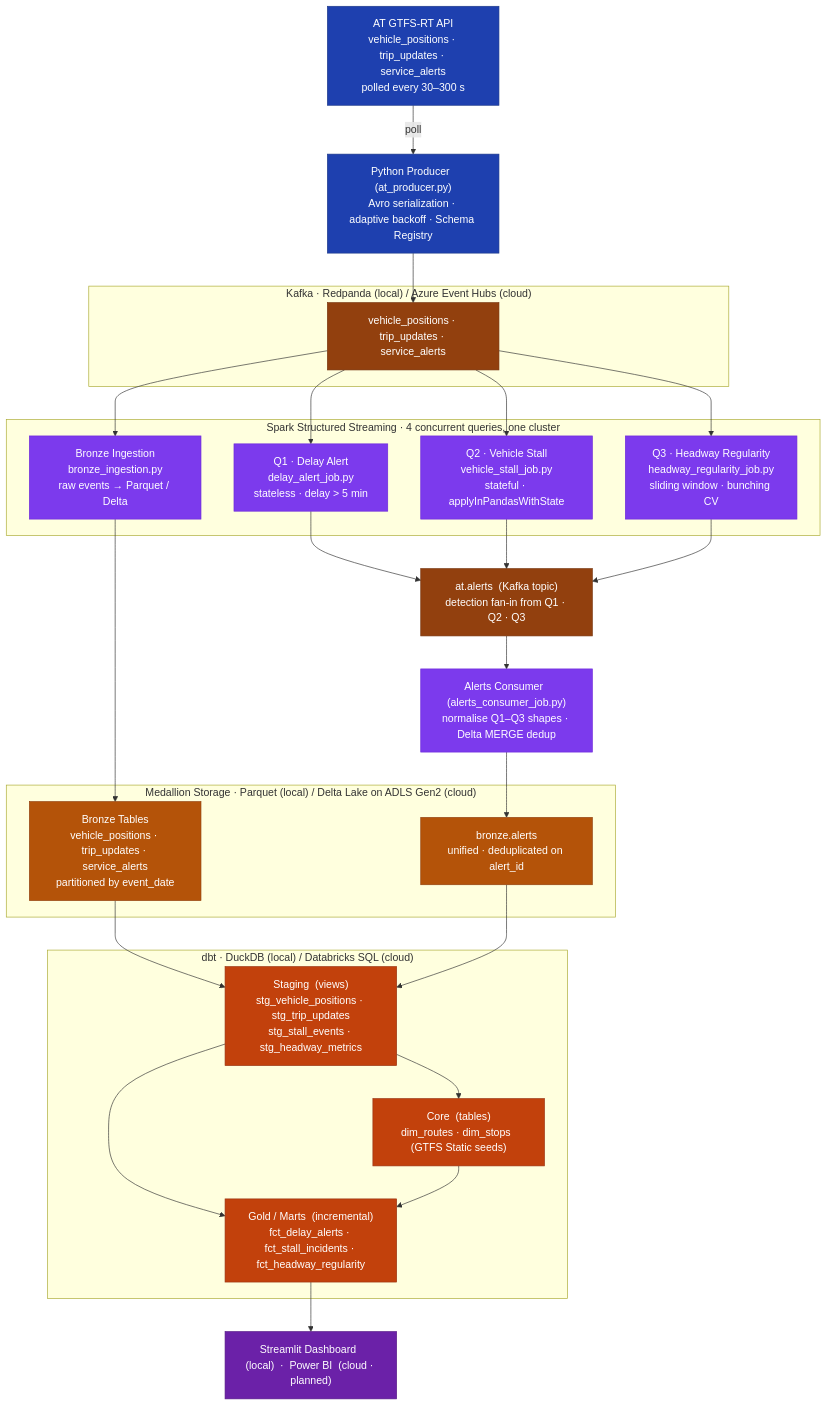
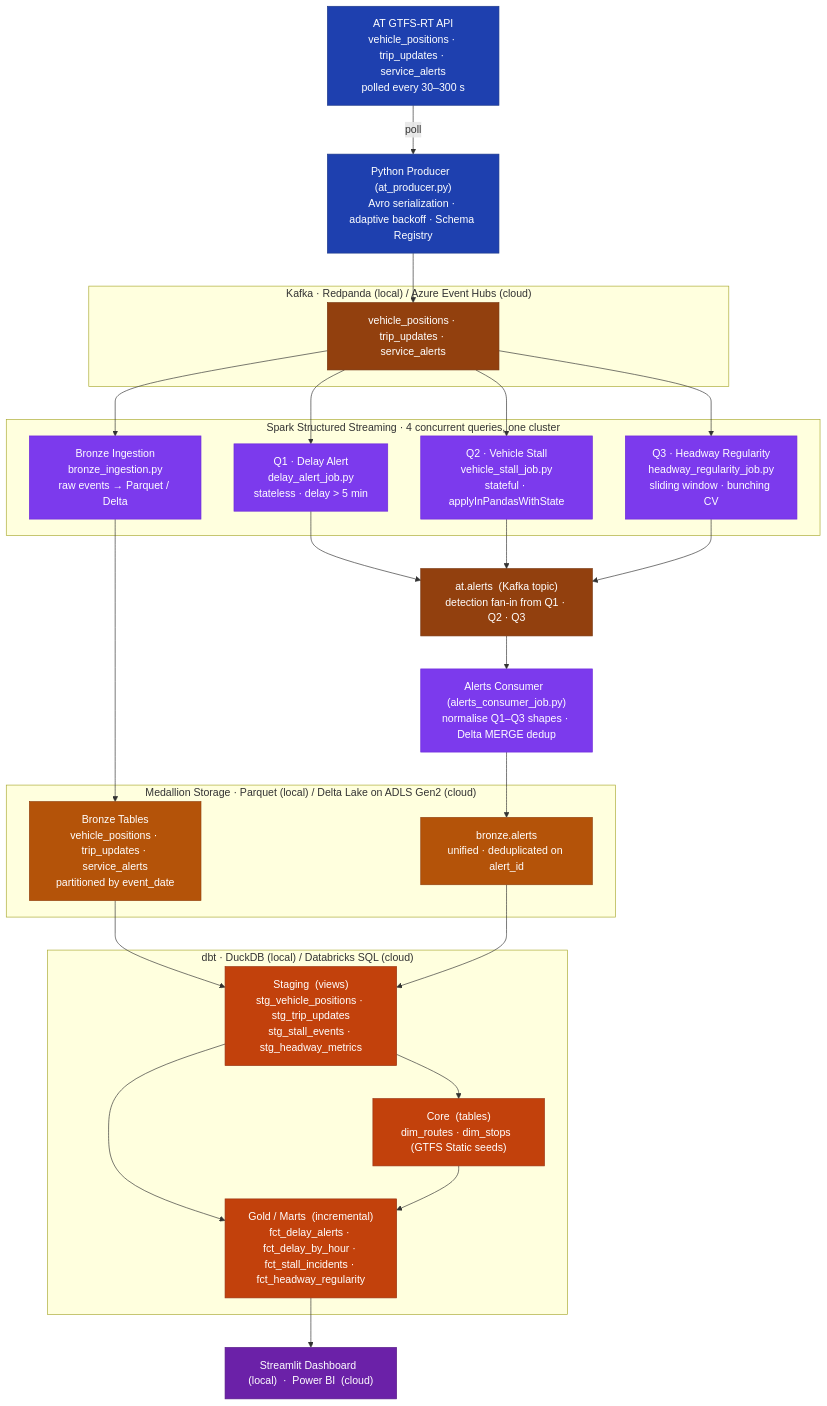
Before and after one commit to gaoxinglin/at-streaming-data-pipeline: the diagram in README.md, drawn with Mermaid. The commit also changed other lines of this file and 1 other file, not shown here.

Commit message:
docs: update README to include fct_delay_by_hour model and enhance Power BI dashboard description

````diff
--- a/README.md
+++ b/README.md
@@ -35,58 +35,58 @@
 ```mermaid
 flowchart TD
     API["AT GTFS-RT API\nvehicle_positions · trip_updates · service_alerts\npolled every 30–300 s"]
     PROD["Python Producer  (at_producer.py)\nAvro serialization · adaptive backoff · Schema Registry"]
 
     subgraph KAFKA["  Kafka  ·  Redpanda (local) / Azure Event Hubs (cloud)  "]
         KIN["vehicle_positions · trip_updates · service_alerts"]
     end
 
     subgraph SPARK["  Spark Structured Streaming  ·  4 concurrent queries, one cluster  "]
         BRZ["Bronze Ingestion\nbronze_ingestion.py\nraw events → Parquet / Delta"]
         Q1["Q1 · Delay Alert\ndelay_alert_job.py\nstateless · delay > 5 min"]
         Q2["Q2 · Vehicle Stall\nvehicle_stall_job.py\nstateful · applyInPandasWithState"]
         Q3["Q3 · Headway Regularity\nheadway_regularity_job.py\nsliding window · bunching CV"]
     end
 
     KOUT["at.alerts  (Kafka topic)\ndetection fan-in from Q1 · Q2 · Q3"]
     CONS["Alerts Consumer  (alerts_consumer_job.py)\nnormalise Q1–Q3 shapes · Delta MERGE dedup"]
 
     subgraph STORE["  Medallion Storage  ·  Parquet (local) / Delta Lake on ADLS Gen2 (cloud)  "]
         BT["Bronze Tables\nvehicle_positions · trip_updates · service_alerts\npartitioned by event_date"]
         BA["bronze.alerts\nunified · deduplicated on alert_id"]
     end
 
     subgraph TRANSFORM["  dbt  ·  DuckDB (local) / Databricks SQL (cloud)  "]
         STG["Staging  (views)\nstg_vehicle_positions · stg_trip_updates\nstg_stall_events · stg_headway_metrics"]
         CORE["Core  (tables)\ndim_routes · dim_stops  (GTFS Static seeds)"]
-        GOLD["Gold / Marts  (incremental)\nfct_delay_alerts · fct_stall_incidents · fct_headway_regularity"]
+        GOLD["Gold / Marts  (incremental)\nfct_delay_alerts · fct_delay_by_hour · fct_stall_incidents · fct_headway_regularity"]
     end
 
-    DASH["Streamlit Dashboard  (local)  ·  Power BI  (cloud · planned)"]
+    DASH["Streamlit Dashboard  (local)  ·  Power BI  (cloud)"]
 
     API -->|"poll"| PROD
     PROD --> KIN
     KIN --> BRZ & Q1 & Q2 & Q3
     BRZ --> BT
     Q1 & Q2 & Q3 --> KOUT
     KOUT --> CONS
     CONS --> BA
     BT & BA --> STG
     STG --> CORE & GOLD
     CORE --> GOLD
     GOLD --> DASH
 
     classDef source   fill:#1e40af,color:#fff,stroke:#1e3a8a
     classDef kafka    fill:#92400e,color:#fff,stroke:#78350f
     classDef spark    fill:#7c3aed,color:#fff,stroke:#6d28d9
     classDef store    fill:#b45309,color:#fff,stroke:#92400e
     classDef dbt      fill:#c2410c,color:#fff,stroke:#9a3412
     classDef dash     fill:#6b21a8,color:#fff,stroke:#581c87
 
     class API,PROD source
     class KIN,KOUT kafka
     class BRZ,Q1,Q2,Q3,CONS spark
     class BT,BA store
     class STG,CORE,GOLD dbt
     class DASH dash
 ```
````
